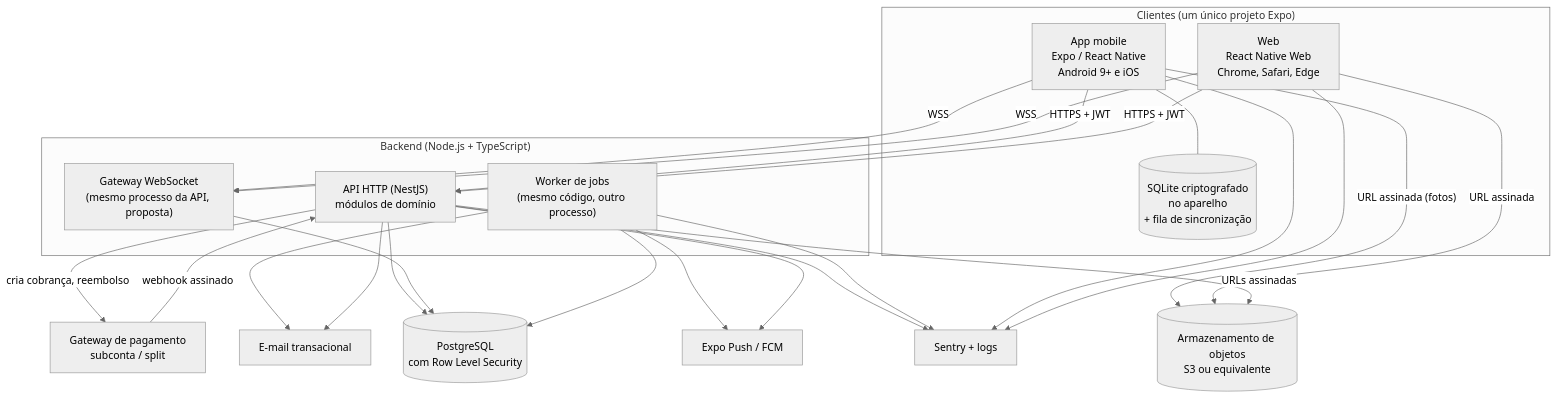
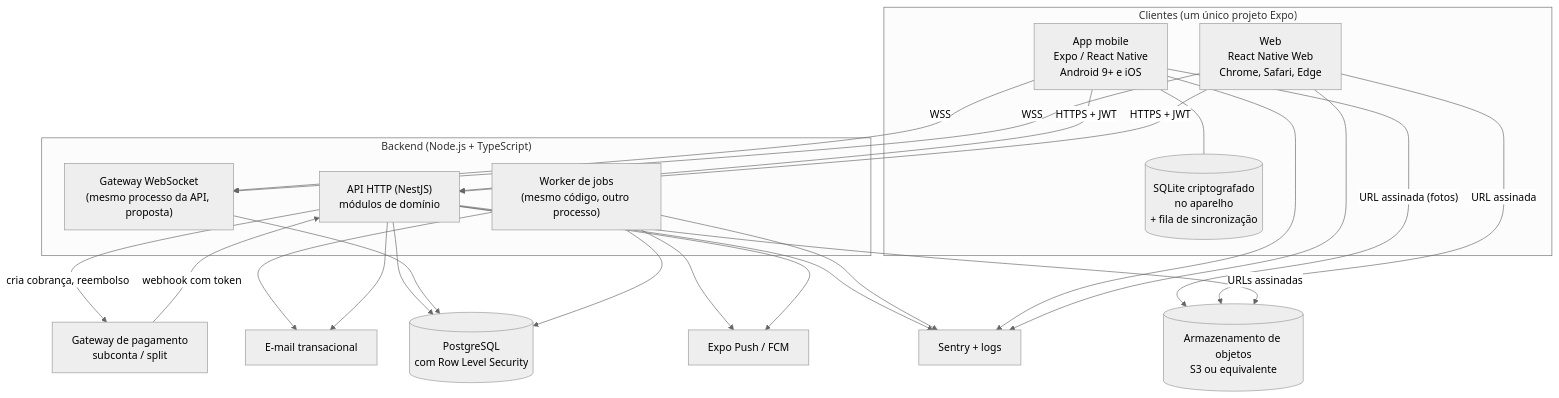
One commit to pedrolems/CondomiFacil changed the second of 7 diagrams in docs/03-arquitetura/01-arquitetura.md. Above: the diagram before and after it, drawn with Mermaid (neutral theme). The commit also changed other lines of this file and 33 other files, not shown here.

````diff
--- a/docs/03-arquitetura/01-arquitetura.md
+++ b/docs/03-arquitetura/01-arquitetura.md
@@ -76,43 +76,43 @@
 ```mermaid
 flowchart TB
     subgraph Clientes["Clientes (um único projeto Expo)"]
         APP["App mobile<br/>Expo / React Native<br/>Android 9+ e iOS"]
         WEB["Web<br/>React Native Web<br/>Chrome, Safari, Edge"]
         SQL[("SQLite criptografado<br/>no aparelho<br/>+ fila de sincronização")]
         APP --- SQL
     end
 
     subgraph Backend["Backend (Node.js + TypeScript)"]
         API["API HTTP (NestJS)<br/>módulos de domínio"]
         WS["Gateway WebSocket<br/>(mesmo processo da API, proposta)"]
         WRK["Worker de jobs<br/>(mesmo código, outro processo)"]
     end
 
     DB[("PostgreSQL<br/>com Row Level Security")]
     OBJ[("Armazenamento de objetos<br/>S3 ou equivalente")]
     GW["Gateway de pagamento<br/>subconta / split"]
     PUSH["Expo Push / FCM"]
     MAIL["E-mail transacional"]
     MON["Sentry + logs"]
 
     APP -- "HTTPS + JWT" --> API
     WEB -- "HTTPS + JWT" --> API
     APP -- "WSS" --> WS
     WEB -- "WSS" --> WS
     APP -- "URL assinada (fotos)" --> OBJ
     WEB -- "URL assinada" --> OBJ
     API --> DB
     WS --> DB
     WRK --> DB
     API -- "URLs assinadas" --> OBJ
     API -- "cria cobrança, reembolso" --> GW
-    GW -- "webhook assinado" --> API
+    GW -- "webhook com token" --> API
     WRK --> PUSH
     API --> PUSH
     WRK --> MAIL
     API --> MAIL
     API --> MON
     WRK --> MON
     APP --> MON
     WEB --> MON
 ```
````
